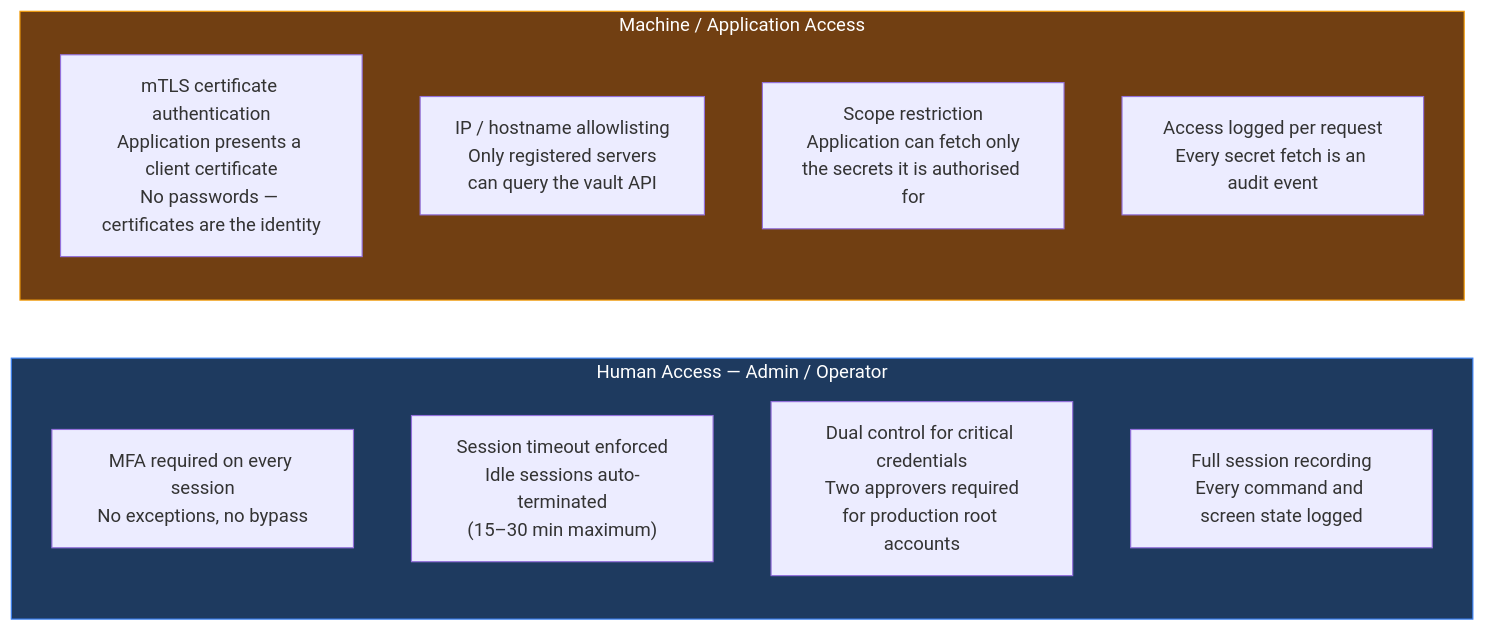
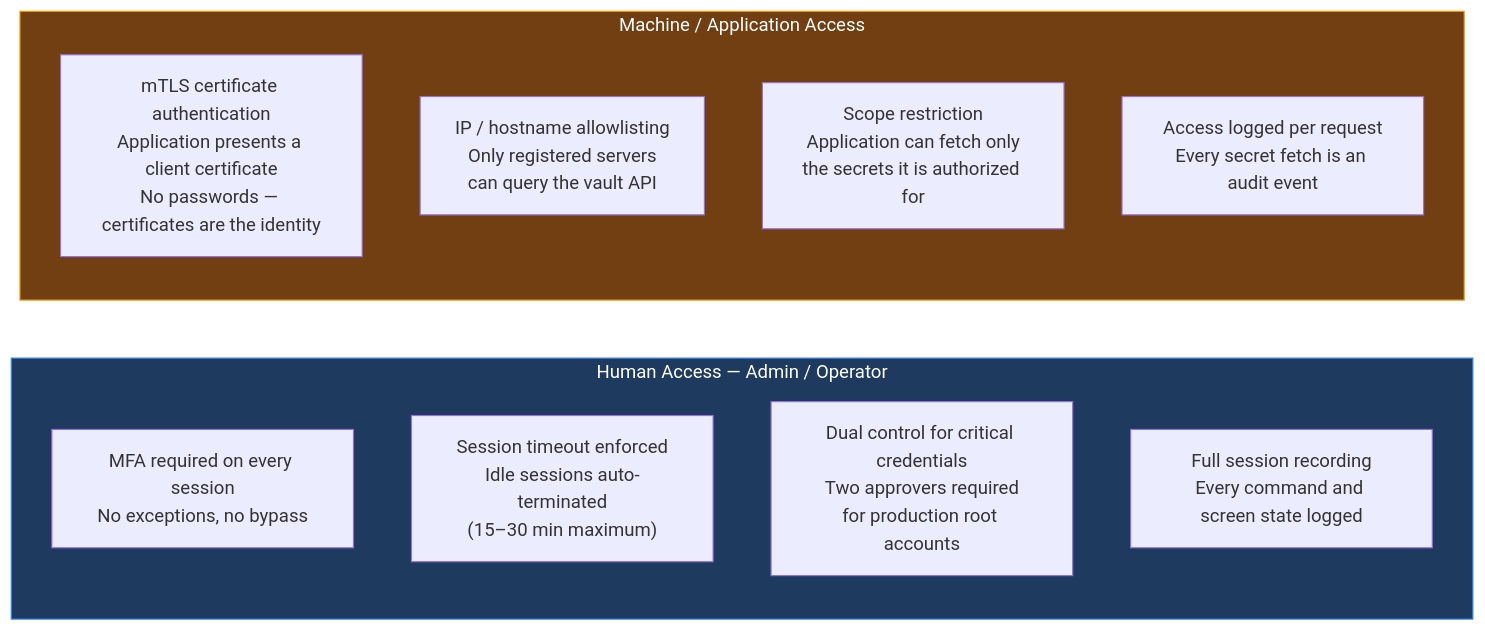
The third of 6 diagrams in _posts/2026/05/2026-05-21-pam-deep-dive-vault-architecture-jit-session-recording.md (thinkIdentity/thinkIdentity.github.io), drawn with Mermaid before and after one commit. The commit also changed other lines of this file and 14 other files, not shown here.

````diff
--- a/_posts/2026/05/2026-05-21-pam-deep-dive-vault-architecture-jit-session-recording.md
+++ b/_posts/2026/05/2026-05-21-pam-deep-dive-vault-architecture-jit-session-recording.md
@@ -166,21 +166,21 @@
 ```mermaid
 flowchart LR
     subgraph Human["Human Access — Admin / Operator"]
         direction TB
         H1["MFA required on every session<br/>No exceptions, no bypass"]
         H2["Session timeout enforced<br/>Idle sessions auto-terminated<br/>(15–30 min maximum)"]
         H3["Dual control for critical credentials<br/>Two approvers required<br/>for production root accounts"]
         H4["Full session recording<br/>Every command and screen state logged"]
     end
 
     subgraph Machine["Machine / Application Access"]
         direction TB
         M1["mTLS certificate authentication<br/>Application presents a client certificate<br/>No passwords — certificates are the identity"]
         M2["IP / hostname allowlisting<br/>Only registered servers<br/>can query the vault API"]
-        M3["Scope restriction<br/>Application can fetch only<br/>the secrets it is authorised for"]
+        M3["Scope restriction<br/>Application can fetch only<br/>the secrets it is authorized for"]
         M4["Access logged per request<br/>Every secret fetch is an audit event"]
     end
 
     style Human fill:#1e3a5f,stroke:#3b82f6,color:#fff
     style Machine fill:#713f12,stroke:#f59e0b,color:#fff
 ```
````
